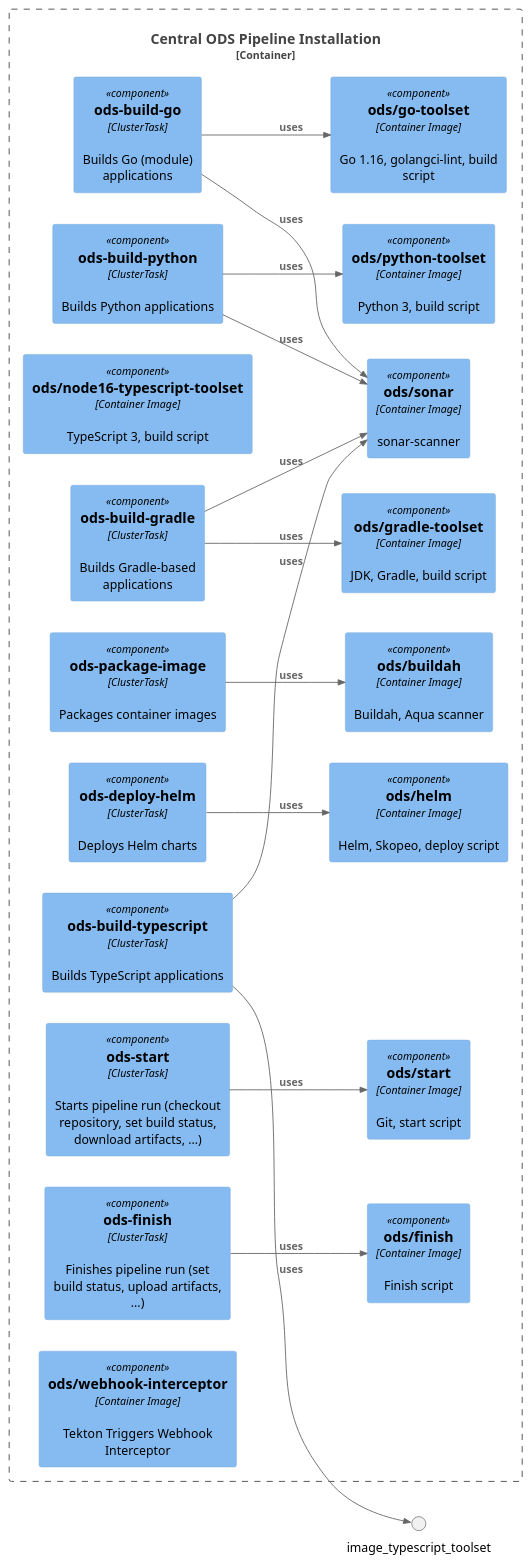
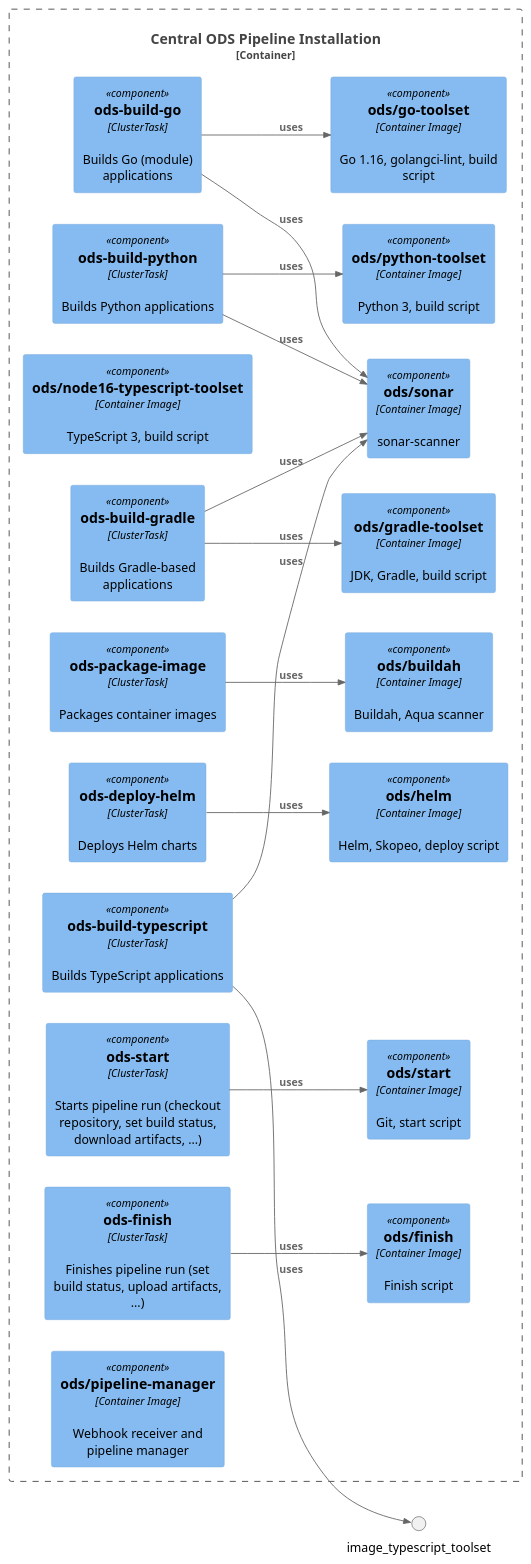
The diagram in docs/architecture/component-central-installation.puml (opendevstack/ods-pipeline), drawn with PlantUML before and after one commit. The commit also changed 54 other files, not shown here.

First line of the commit message:
Remove Tekton Triggers

```diff
--- a/docs/architecture/component-central-installation.puml
+++ b/docs/architecture/component-central-installation.puml
@@ -1,59 +1,59 @@
 @startuml "central-installation"
 !include https://raw.githubusercontent.com/plantuml-stdlib/C4-PlantUML/master/C4_Container.puml
 !include https://raw.githubusercontent.com/plantuml-stdlib/C4-PlantUML/master/C4_Component.puml
 ' uncomment the following line and comment the first to use locally
 ' !include C4_Container.puml
 
 LAYOUT_LEFT_RIGHT()
 
 Container_Boundary(c1, "Central ODS Pipeline Installation"){
     Component(task_build_go, "ods-build-go", "ClusterTask", "Builds Go (module) applications")
     Component(image_go_toolset, "ods/go-toolset", "Container Image", "Go 1.16, golangci-lint, build script")
 
     Component(task_build_typescript, "ods-build-typescript", "ClusterTask", "Builds TypeScript applications")
     Component(image_node16_typescript_toolset, "ods/node16-typescript-toolset", "Container Image", "TypeScript 3, build script")
 
     Component(task_build_python, "ods-build-python", "ClusterTask", "Builds Python applications")
     Component(image_python_toolset, "ods/python-toolset", "Container Image", "Python 3, build script")
 
     Component(task_build_gradle, "ods-build-gradle", "ClusterTask", "Builds Gradle-based applications")
     Component(image_gradle_toolset, "ods/gradle-toolset", "Container Image", "JDK, Gradle, build script")
 
     Component(task_package_image, "ods-package-image", "ClusterTask", "Packages container images")
     Component(image_buildah, "ods/buildah", "Container Image", "Buildah, Aqua scanner")
 
     Component(task_deploy_helm, "ods-deploy-helm", "ClusterTask", "Deploys Helm charts")
     Component(image_helm, "ods/helm", "Container Image", "Helm, Skopeo, deploy script")
 
     Component(task_start, "ods-start", "ClusterTask", "Starts pipeline run (checkout repository, set build status, download artifacts, ...)")
     Component(image_start, "ods/start", "Container Image", "Git, start script")
 
     Component(task_finish, "ods-finish", "ClusterTask", "Finishes pipeline run (set build status, upload artifacts, ...)")
     Component(image_finish, "ods/finish", "Container Image", "Finish script")
 
     Component(image_sonar, "ods/sonar", "Container Image", "sonar-scanner")
 
-    Component(image_webhook_interceptor, "ods/webhook-interceptor", "Container Image", "Tekton Triggers Webhook Interceptor")
+    Component(image_pipeline_manager, "ods/pipeline-manager", "Container Image", "Webhook receiver and pipeline manager")
 }
 
 Rel(task_build_go, image_go_toolset, "uses")
 Rel(task_build_go, image_sonar, "uses")
 
 Rel(task_build_typescript, image_typescript_toolset, "uses")
 Rel(task_build_typescript, image_sonar, "uses")
 
 Rel(task_build_python, image_python_toolset, "uses")
 Rel(task_build_python, image_sonar, "uses")
 
 Rel(task_build_gradle, image_gradle_toolset, "uses")
 Rel(task_build_gradle, image_sonar, "uses")
 
 Rel(task_package_image, image_buildah, "uses")
 
 Rel(task_deploy_helm, image_helm, "uses")
 
 Rel(task_start, image_start, "uses")
 
 Rel(task_finish, image_finish, "uses")
 
 @enduml
```
